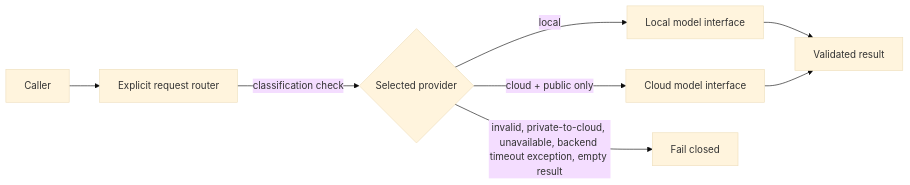
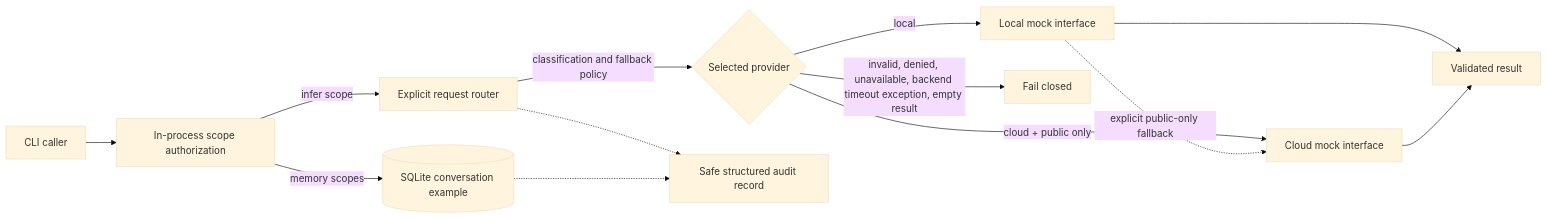
The diagram in docs/architecture.md (kcs2078-ui/hybrid-ai-routing-demo), drawn with Mermaid (base theme) before and after one commit. The commit also changed other lines of this file and 13 other files, not shown here.

Commit message:
Expand architecture validation portfolio demo

````diff
--- a/docs/architecture.md
+++ b/docs/architecture.md
@@ -5,10 +5,15 @@
 ```mermaid
 flowchart LR
-  C[Caller] --> R[Explicit request router]
-  R -->|classification check| P{Selected provider}
-  P -->|local| L[Local model interface]
-  P -->|cloud + public only| X[Cloud model interface]
+  C[CLI caller] --> A[In-process scope authorization]
+  A -->|infer scope| R[Explicit request router]
+  R -->|classification and fallback policy| P{Selected provider}
+  P -->|local| L[Local mock interface]
+  P -->|cloud + public only| X[Cloud mock interface]
+  L -.->|explicit public-only fallback| X
   L --> O[Validated result]
   X --> O
-  P -->|invalid, private-to-cloud, unavailable, backend timeout exception, empty result| F[Fail closed]
+  P -->|invalid, denied, unavailable, backend timeout exception, empty result| F[Fail closed]
+  A -->|memory scopes| M[(SQLite conversation example)]
+  R -.-> Q[Safe structured audit record]
+  M -.-> Q
 ```
````
